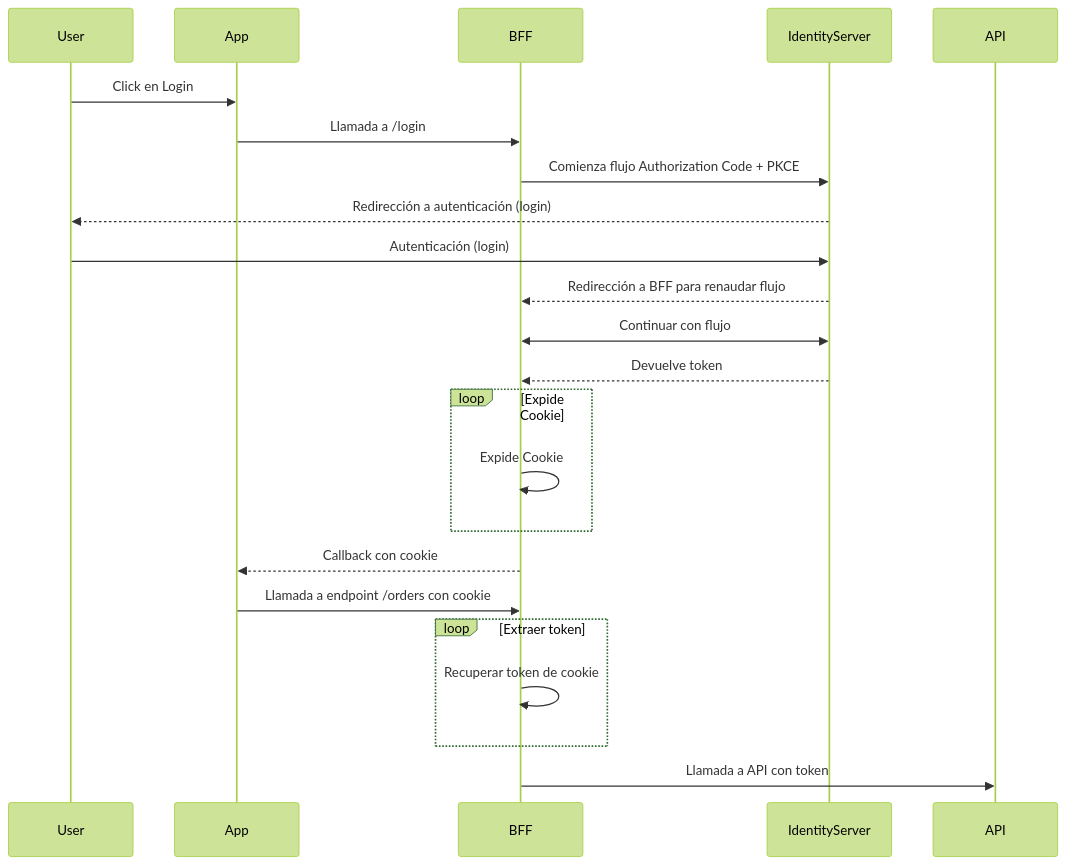
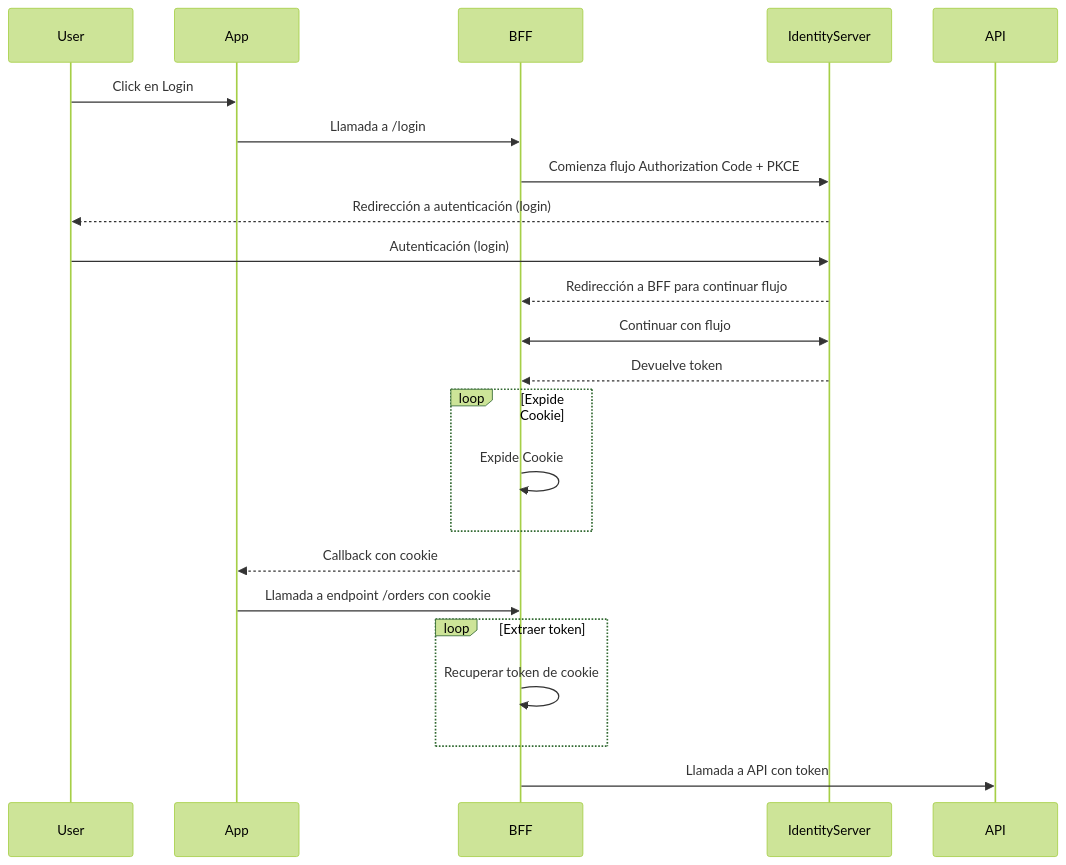
One commit to virubiotor/authentication-made-simple changed the diagram in docs/bff_simplified.md. Above: the diagram before and after it, drawn with Mermaid (forest theme). The commit also changed 3 other files, not shown here.

Commit message:
fix(docs): typos in mermaid diagrams

````diff
--- a/docs/bff_simplified.md
+++ b/docs/bff_simplified.md
@@ -1,26 +1,26 @@
 ```mermaid
 sequenceDiagram
     participant User
     participant App
     participant BFF
     participant IdentityServer
     participant API
 
     User->>App: Click en Login
     App->>BFF: Llamada a /login
     BFF->>IdentityServer: Comienza flujo Authorization Code + PKCE
     IdentityServer-->>User: Redirección a autenticación (login)
     User->>IdentityServer: Autenticación (login)
-    IdentityServer-->>BFF: Redirección a BFF para renaudar flujo
+    IdentityServer-->>BFF: Redirección a BFF para continuar flujo
     IdentityServer<<->>BFF: Continuar con flujo
     IdentityServer-->>BFF: Devuelve token
     loop Expide Cookie
         BFF->>BFF: Expide Cookie
     end
     BFF-->>App: Callback con cookie
     App->>BFF: Llamada a endpoint /orders con cookie
     loop Extraer token
         BFF->>BFF: Recuperar token de cookie
     end
     BFF->>API: Llamada a API con token
 ```
````
